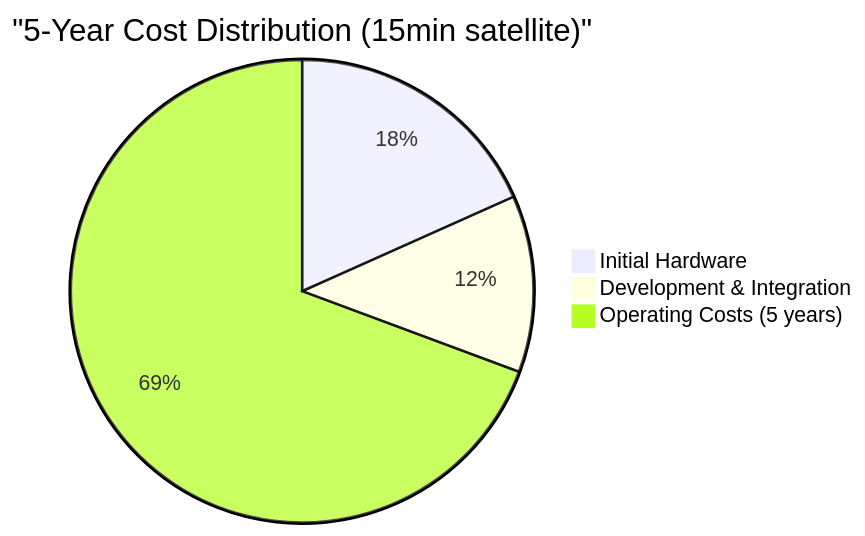
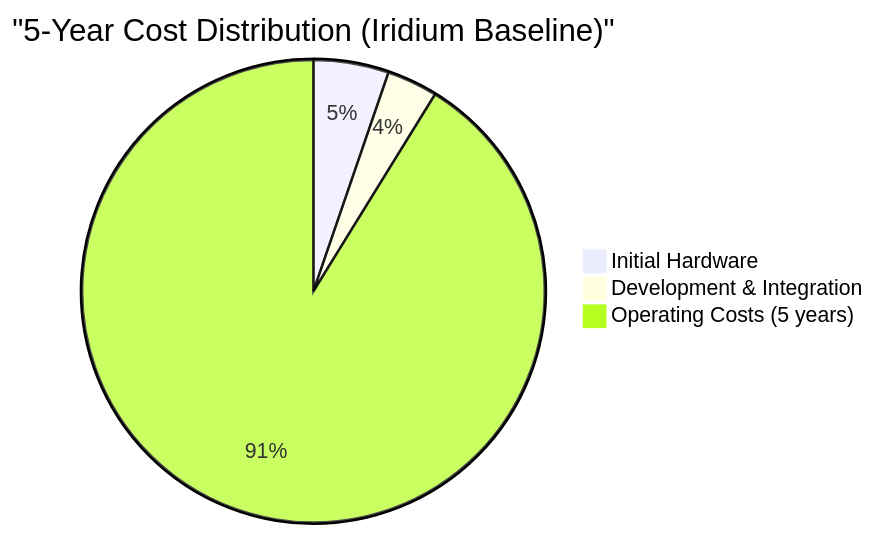
The ninth of 9 diagrams in docs/executive-summary.md (transnet-eduard-reitmann/locomotive-tracking-unit), drawn with Mermaid before and after one commit. The commit also changed other lines of this file and 9 other files, not shown here.

````diff
--- a/docs/executive-summary.md
+++ b/docs/executive-summary.md
@@ -278,6 +277,6 @@
 ```mermaid
-pie title "5-Year Cost Distribution (15min satellite)"
+pie title "5-Year Cost Distribution (Iridium Baseline)"
     "Initial Hardware" : 337.5
     "Development & Integration" : 227.5  
-    "Operating Costs (5 years)" : 1277.7
+    "Operating Costs (5 years)" : 5850
 ```
````
